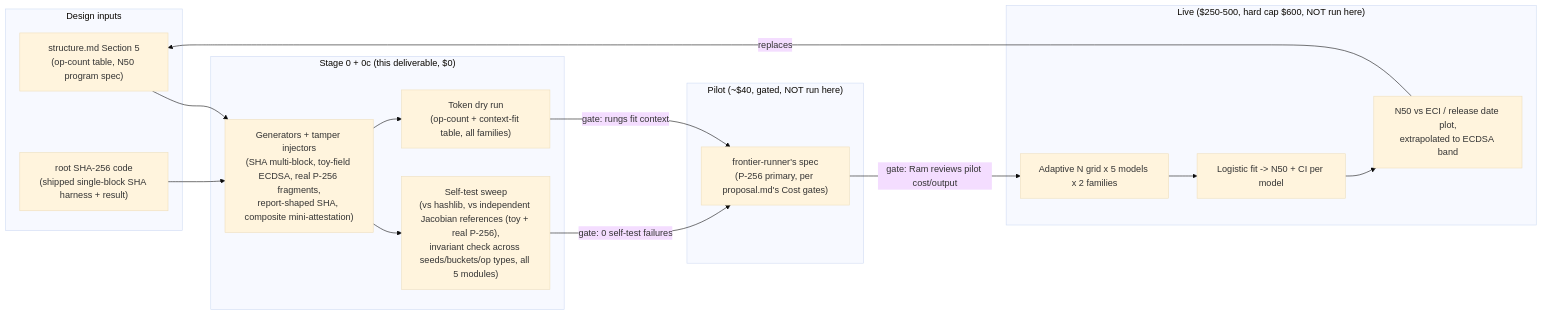
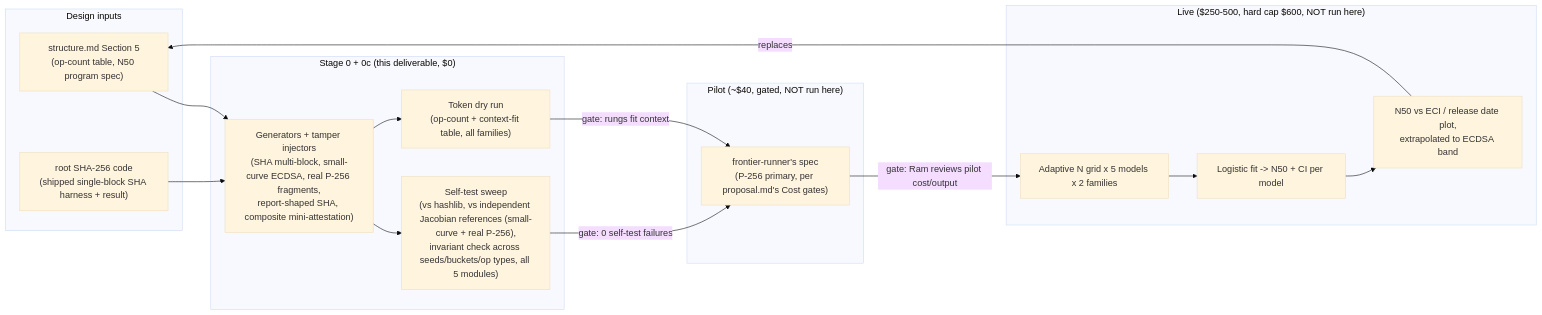
The second of 2 diagrams in verification-frontier/pseudocode.md (rapturt9/trading-with-ai), drawn with Mermaid (base theme) before and after one commit. The commit also changed other lines of this file and 1008 other files, not shown here.

````diff
--- a/verification-frontier/pseudocode.md
+++ b/verification-frontier/pseudocode.md
@@ -384,34 +384,34 @@
 ```mermaid
 flowchart LR
     subgraph inputs["Design inputs"]
         D1["structure.md Section 5\n(op-count table, N50 program spec)"]
         D2["root SHA-256 code\n(shipped single-block SHA harness + result)"]
     end
 
     subgraph stage0["Stage 0 + 0c (this deliverable, $0)"]
-        G1["Generators + tamper injectors\n(SHA multi-block, toy-field ECDSA, real P-256 fragments,\nreport-shaped SHA, composite mini-attestation)"]
-        G2["Self-test sweep\n(vs hashlib, vs independent Jacobian references (toy + real P-256),\ninvariant check across seeds/buckets/op types, all 5 modules)"]
+        G1["Generators + tamper injectors\n(SHA multi-block, small-curve ECDSA, real P-256 fragments,\nreport-shaped SHA, composite mini-attestation)"]
+        G2["Self-test sweep\n(vs hashlib, vs independent Jacobian references (small-curve + real P-256),\ninvariant check across seeds/buckets/op types, all 5 modules)"]
         G3["Token dry run\n(op-count + context-fit table, all families)"]
     end
 
     subgraph pilot["Pilot (~$40, gated, NOT run here)"]
         PI1["frontier-runner's spec\n(P-256 primary, per proposal.md's Cost gates)"]
     end
 
     subgraph live["Live ($250-500, hard cap $600, NOT run here)"]
         L1["Adaptive N grid x 5 models x 2 families"]
         L2["Logistic fit -> N50 + CI per model"]
         L3["N50 vs ECI / release date plot,\nextrapolated to ECDSA band"]
     end
 
     D1 --> G1
     D2 --> G1
     G1 --> G2
     G1 --> G3
     G2 -->|"gate: 0 self-test failures"| PI1
     G3 -->|"gate: rungs fit context"| PI1
     PI1 -->|"gate: Ram reviews pilot cost/output"| L1
     L1 --> L2
     L2 --> L3
     L3 -->|"replaces"| D1
 ```
````
